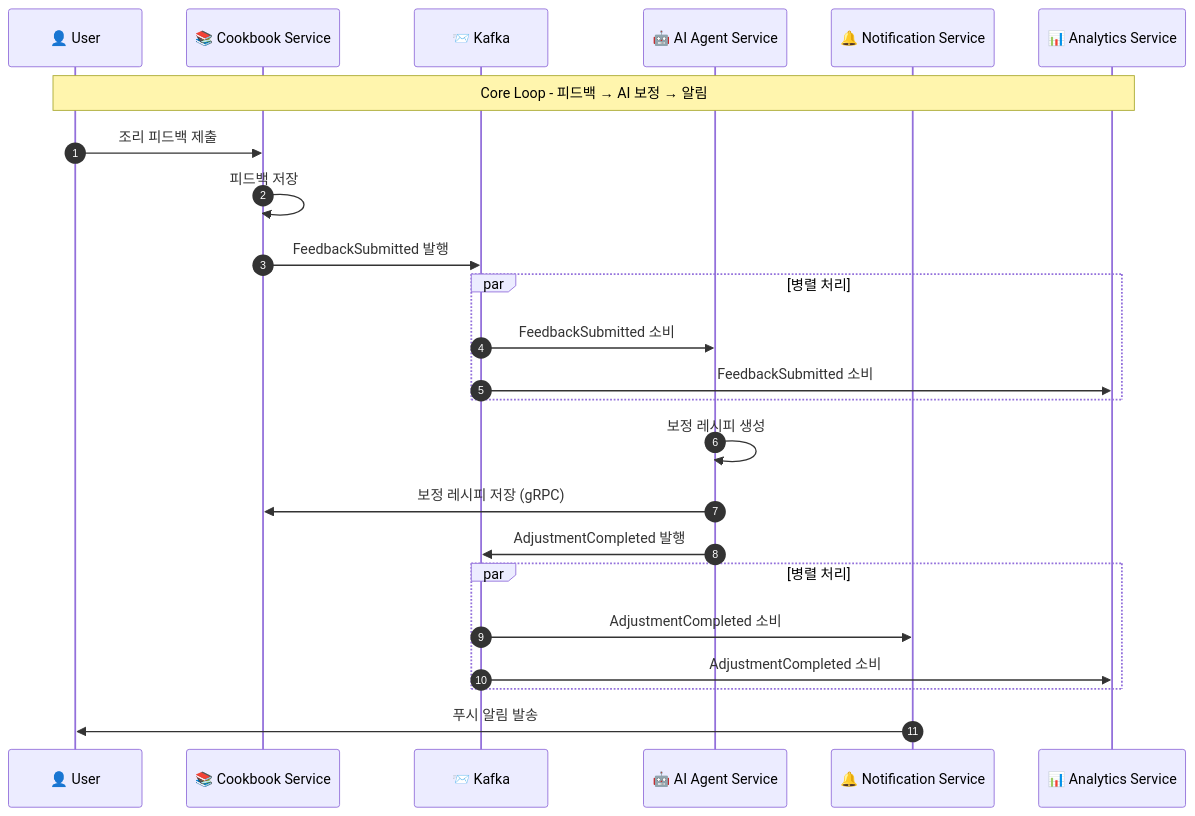
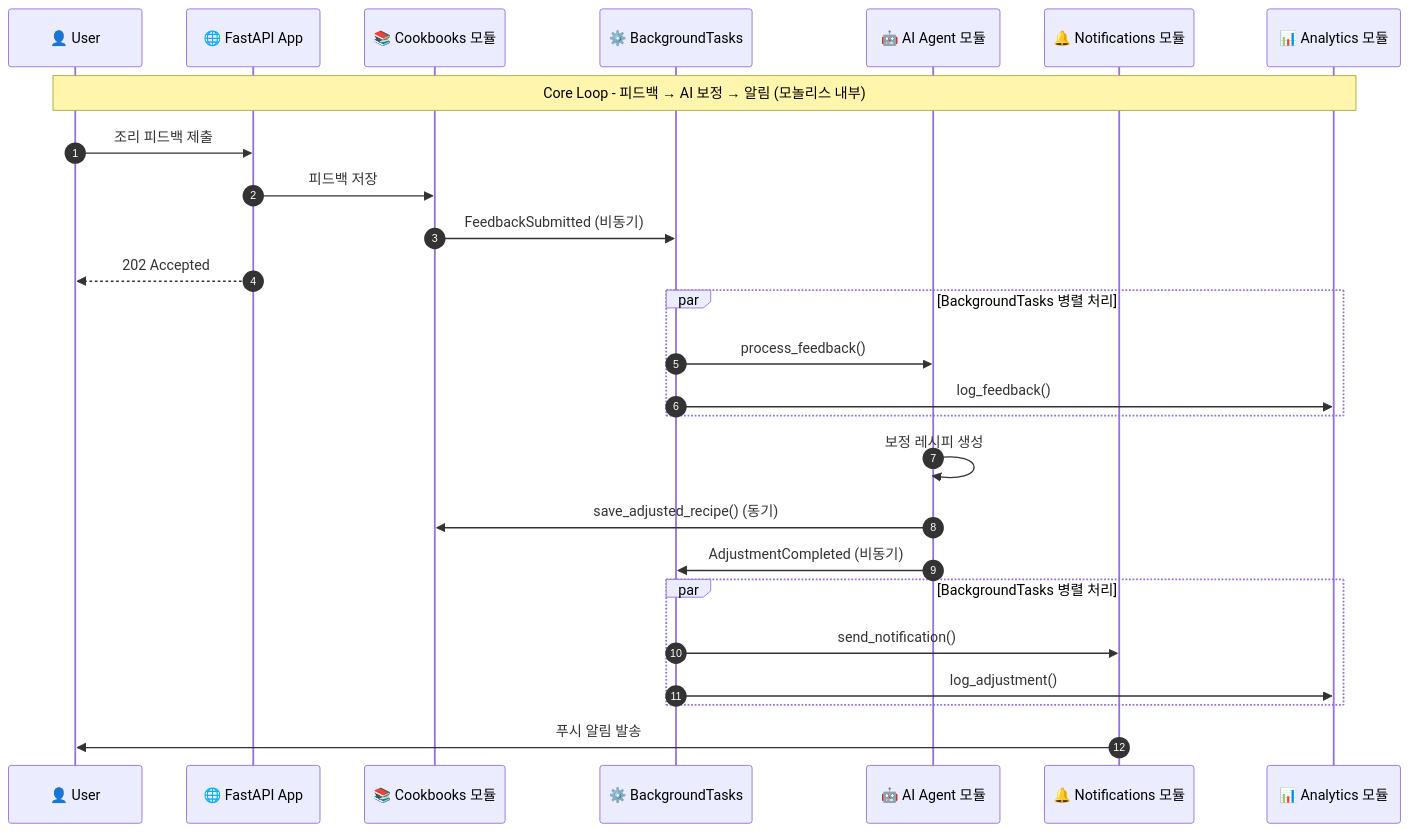
Before and after one commit to soar3131/naecipe_backend: the fifth of 5 diagrams in SPECKIT_TODO.md, drawn with Mermaid. The commit also changed other lines of this file and 281 other files, not shown here.

````diff
--- a/SPECKIT_TODO.md
+++ b/SPECKIT_TODO.md
@@ -999,32 +1008,34 @@
 ```mermaid
 sequenceDiagram
     autonumber
     participant User as 👤 User
-    participant Cookbook as 📚 Cookbook Service
-    participant Kafka as 📨 Kafka
-    participant AI as 🤖 AI Agent Service
-    participant Notify as 🔔 Notification Service
-    participant Analytics as 📊 Analytics Service
+    participant API as 🌐 FastAPI App
+    participant Cookbooks as 📚 Cookbooks 모듈
+    participant BG as ⚙️ BackgroundTasks
+    participant AI as 🤖 AI Agent 모듈
+    participant Notify as 🔔 Notifications 모듈
+    participant Analytics as 📊 Analytics 모듈
 
-    Note over User, Analytics: Core Loop - 피드백 → AI 보정 → 알림
+    Note over User, Analytics: Core Loop - 피드백 → AI 보정 → 알림 (모놀리스 내부)
 
-    User->>Cookbook: 조리 피드백 제출
-    Cookbook->>Cookbook: 피드백 저장
-    Cookbook->>Kafka: FeedbackSubmitted 발행
+    User->>API: 조리 피드백 제출
+    API->>Cookbooks: 피드백 저장
+    Cookbooks->>BG: FeedbackSubmitted (비동기)
+    API-->>User: 202 Accepted
 
-    par 병렬 처리
-        Kafka->>AI: FeedbackSubmitted 소비
-        Kafka->>Analytics: FeedbackSubmitted 소비
+    par BackgroundTasks 병렬 처리
+        BG->>AI: process_feedback()
+        BG->>Analytics: log_feedback()
     end
 
     AI->>AI: 보정 레시피 생성
-    AI->>Cookbook: 보정 레시피 저장 (gRPC)
-    AI->>Kafka: AdjustmentCompleted 발행
+    AI->>Cookbooks: save_adjusted_recipe() (동기)
+    AI->>BG: AdjustmentCompleted (비동기)
 
-    par 병렬 처리
-        Kafka->>Notify: AdjustmentCompleted 소비
-        Kafka->>Analytics: AdjustmentCompleted 소비
+    par BackgroundTasks 병렬 처리
+        BG->>Notify: send_notification()
+        BG->>Analytics: log_adjustment()
     end
 
     Notify->>User: 푸시 알림 발송
 ```
````
